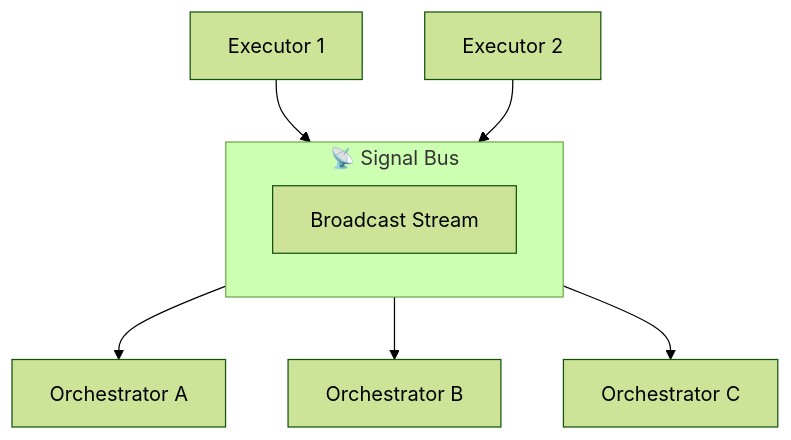
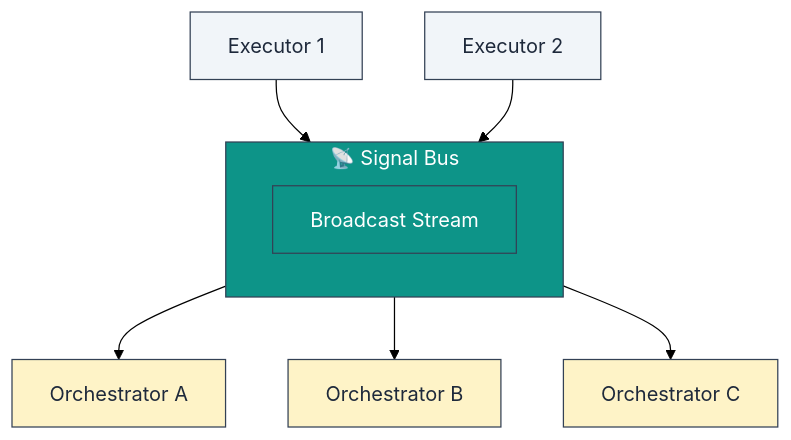
One commit to lploc94/flutter_orchestrator changed the eighth of 11 diagrams in book/chapters/02_architecture_concepts.md. Above: the diagram before and after it, drawn with Mermaid (forest theme). The commit also changed other lines of this file and 3 other files, not shown here.

````diff
--- a/book/chapters/02_architecture_concepts.md
+++ b/book/chapters/02_architecture_concepts.md
@@ -218,13 +253,21 @@
 ```mermaid
 graph TB
     subgraph SignalBus["📡 Signal Bus"]
         Stream["Broadcast Stream"]
     end
     
     Exec1["Executor 1"] --> SignalBus
     Exec2["Executor 2"] --> SignalBus
     
     SignalBus --> Orch1["Orchestrator A"]
     SignalBus --> Orch2["Orchestrator B"]
     SignalBus --> Orch3["Orchestrator C"]
+    
+    style SignalBus fill:#0d9488,stroke:#334155,color:#ffffff
+    style Stream fill:#0d9488,stroke:#334155,color:#ffffff
+    style Exec1 fill:#f1f5f9,stroke:#334155,color:#1e293b
+    style Exec2 fill:#f1f5f9,stroke:#334155,color:#1e293b
+    style Orch1 fill:#fef3c7,stroke:#334155,color:#1e293b
+    style Orch2 fill:#fef3c7,stroke:#334155,color:#1e293b
+    style Orch3 fill:#fef3c7,stroke:#334155,color:#1e293b
 ```
````
